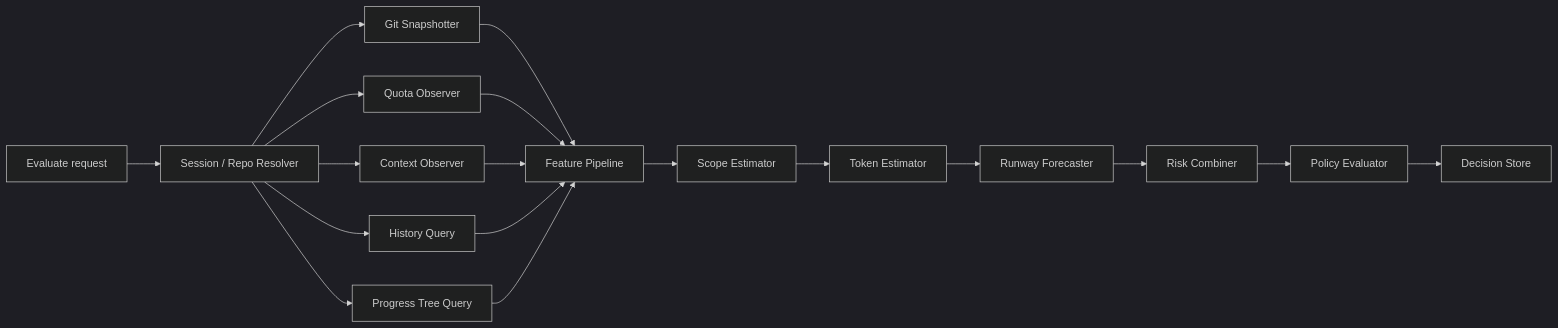
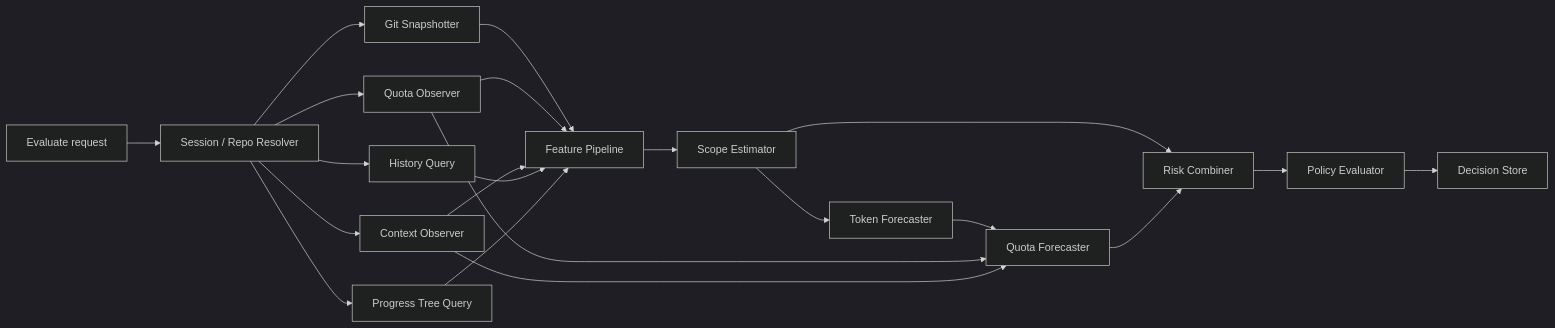
One commit to huaiche94/preflight changed the third of 9 diagrams in Preflight_ADD.md. Above: the diagram before and after it, drawn with Mermaid (dark theme). The commit also changed other lines of this file and 7 other files, not shown here.

````diff
--- a/Preflight_ADD.md
+++ b/Preflight_ADD.md
@@ -769,35 +780,38 @@
 ```mermaid
 flowchart LR
     REQ[Evaluate request]
     RESOLVE[Session / Repo Resolver]
     SNAP[Git Snapshotter]
     QUOTA[Quota Observer]
     CTX[Context Observer]
     HIST[History Query]
     TREE[Progress Tree Query]
     FEATURE[Feature Pipeline]
     SCOPE[Scope Estimator]
-    TOK[Token Estimator]
-    RUNWAY[Runway Forecaster]
+    TOKFC[Token Forecaster]
+    QFC[Quota Forecaster]
     RISK[Risk Combiner]
     POL[Policy Evaluator]
     DEC[Decision Store]
 
     REQ --> RESOLVE
     RESOLVE --> SNAP
     RESOLVE --> QUOTA
     RESOLVE --> CTX
     RESOLVE --> HIST
     RESOLVE --> TREE
     SNAP --> FEATURE
     QUOTA --> FEATURE
     CTX --> FEATURE
     HIST --> FEATURE
     TREE --> FEATURE
     FEATURE --> SCOPE
-    SCOPE --> TOK
-    TOK --> RUNWAY
-    RUNWAY --> RISK
+    SCOPE --> TOKFC
+    TOKFC --> QFC
+    QUOTA --> QFC
+    CTX --> QFC
+    SCOPE --> RISK
+    QFC --> RISK
     RISK --> POL
     POL --> DEC
 ```
````
